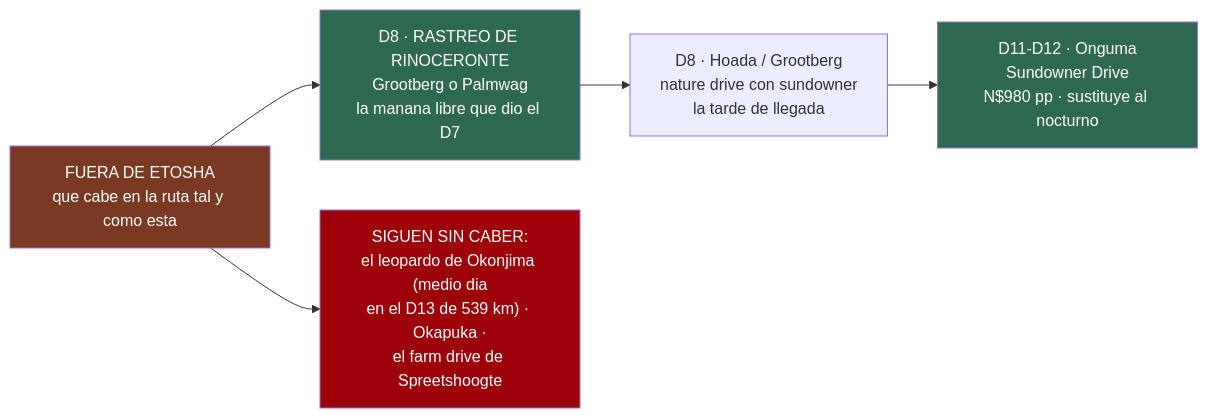
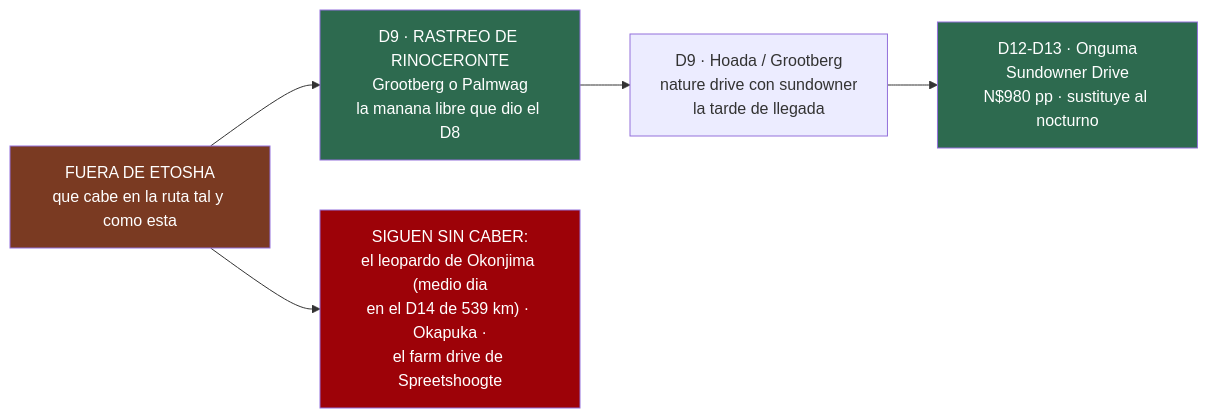
One commit to morandeirachema/namibia changed the first of 2 diagrams in 11-entradas-y-permisos.md. Above: the diagram before and after it, drawn with Mermaid. The commit also changed other lines of this file and 54 other files, not shown here.

````diff
--- a/11-entradas-y-permisos.md
+++ b/11-entradas-y-permisos.md
@@ -172,15 +172,15 @@
 ```mermaid
 flowchart LR
 %% ancho
     T["FUERA DE ETOSHA<br/>que cabe en la ruta tal y como esta"]
-    S["D8 · RASTREO DE RINOCERONTE<br/>Grootberg o Palmwag<br/>la manana libre que dio el D7"]
-    G["D8 · Hoada / Grootberg<br/>nature drive con sundowner<br/>la tarde de llegada"]
-    O["D11-D12 · Onguma<br/>Sundowner Drive<br/>N$980 pp · sustituye al nocturno"]
-    X["SIGUEN SIN CABER:<br/>el leopardo de Okonjima (medio dia<br/>en el D13 de 539 km) · Okapuka ·<br/>el farm drive de Spreetshoogte"]
+    S["D9 · RASTREO DE RINOCERONTE<br/>Grootberg o Palmwag<br/>la manana libre que dio el D8"]
+    G["D9 · Hoada / Grootberg<br/>nature drive con sundowner<br/>la tarde de llegada"]
+    O["D12-D13 · Onguma<br/>Sundowner Drive<br/>N$980 pp · sustituye al nocturno"]
+    X["SIGUEN SIN CABER:<br/>el leopardo de Okonjima (medio dia<br/>en el D14 de 539 km) · Okapuka ·<br/>el farm drive de Spreetshoogte"]
     T --> S --> G --> O
     T --> X
     style T fill:#7a3a22,color:#fff
     style S fill:#2d6a4f,color:#fff
     style O fill:#2d6a4f,color:#fff
     style X fill:#9d0208,color:#fff
 ```
````
